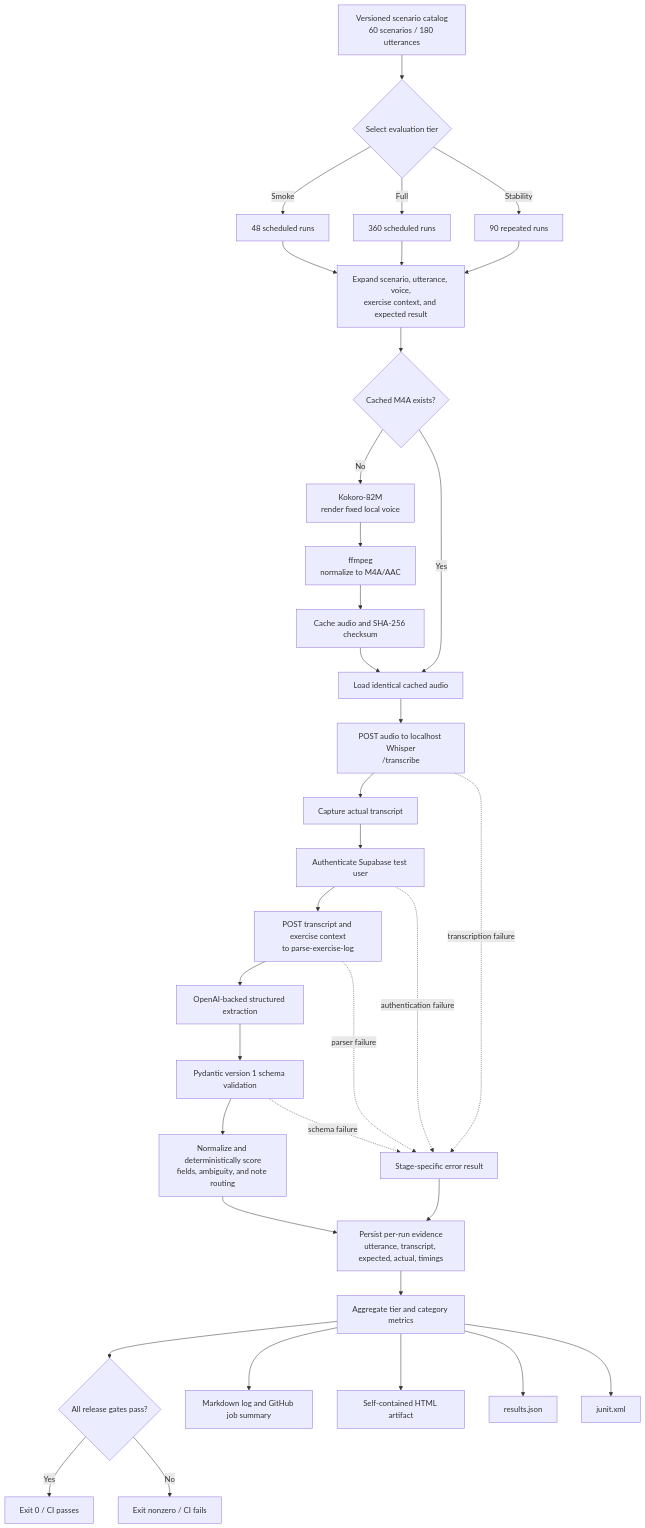
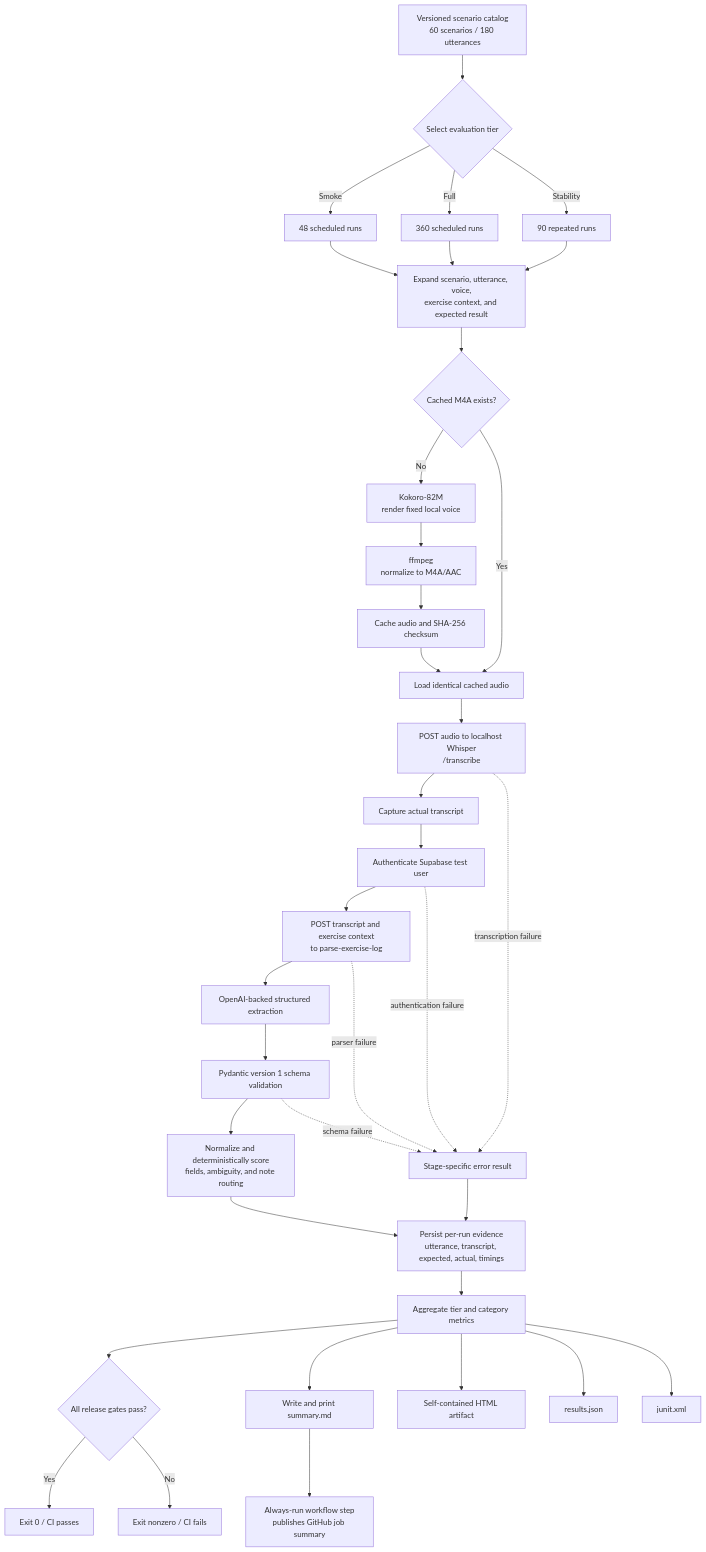
One commit to justin-yen/motionlog changed the diagram in docs/prds/audio-to-structure-eval-pipeline.md. Above: the diagram before and after it, drawn with Mermaid. The commit also changed other lines of this file and 3 other files, not shown here.

````diff
--- a/docs/prds/audio-to-structure-eval-pipeline.md
+++ b/docs/prds/audio-to-structure-eval-pipeline.md
@@ -180,42 +180,43 @@
 ```mermaid
 flowchart TD
     A[Versioned scenario catalog<br/>60 scenarios / 180 utterances] --> B{Select evaluation tier}
     B -->|Smoke| B1[48 scheduled runs]
     B -->|Full| B2[360 scheduled runs]
     B -->|Stability| B3[90 repeated runs]
     B1 --> C[Expand scenario, utterance, voice,<br/>exercise context, and expected result]
     B2 --> C
     B3 --> C
 
     C --> D{Cached M4A exists?}
     D -->|No| E[Kokoro-82M<br/>render fixed local voice]
     E --> F[ffmpeg<br/>normalize to M4A/AAC]
     F --> G[Cache audio and SHA-256 checksum]
     D -->|Yes| H[Load identical cached audio]
     G --> H
 
     H --> I[POST audio to localhost Whisper<br/>/transcribe]
     I --> J[Capture actual transcript]
     J --> K[Authenticate Supabase test user]
     K --> L[POST transcript and exercise context<br/>to parse-exercise-log]
     L --> M[OpenAI-backed structured extraction]
     M --> N[Pydantic version 1 schema validation]
     N --> O[Normalize and deterministically score<br/>fields, ambiguity, and note routing]
 
     O --> P[Persist per-run evidence<br/>utterance, transcript, expected, actual, timings]
     P --> Q[Aggregate tier and category metrics]
     Q --> R{All release gates pass?}
     R -->|Yes| S[Exit 0 / CI passes]
     R -->|No| T[Exit nonzero / CI fails]
 
-    Q --> U[Markdown log and GitHub job summary]
+    Q --> U[Write and print summary.md]
+    U --> U2[Always-run workflow step<br/>publishes GitHub job summary]
     Q --> V[Self-contained HTML artifact]
     Q --> W[results.json]
     Q --> X[junit.xml]
 
     I -. transcription failure .-> Y[Stage-specific error result]
     K -. authentication failure .-> Y
     L -. parser failure .-> Y
     N -. schema failure .-> Y
     Y --> P
 ```
````
